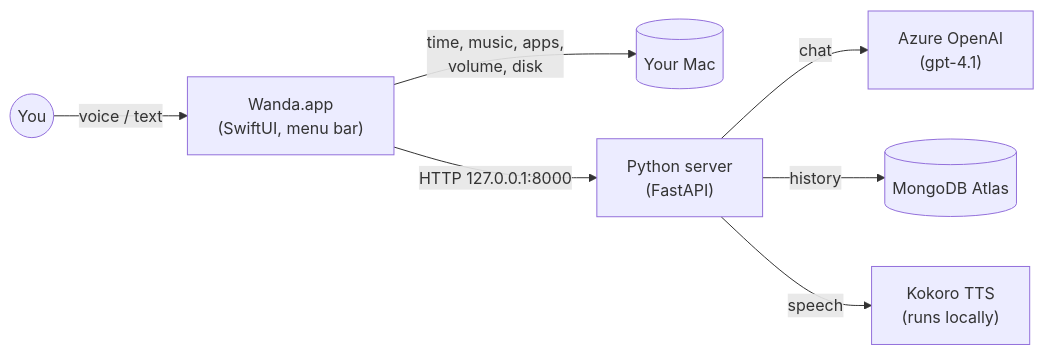
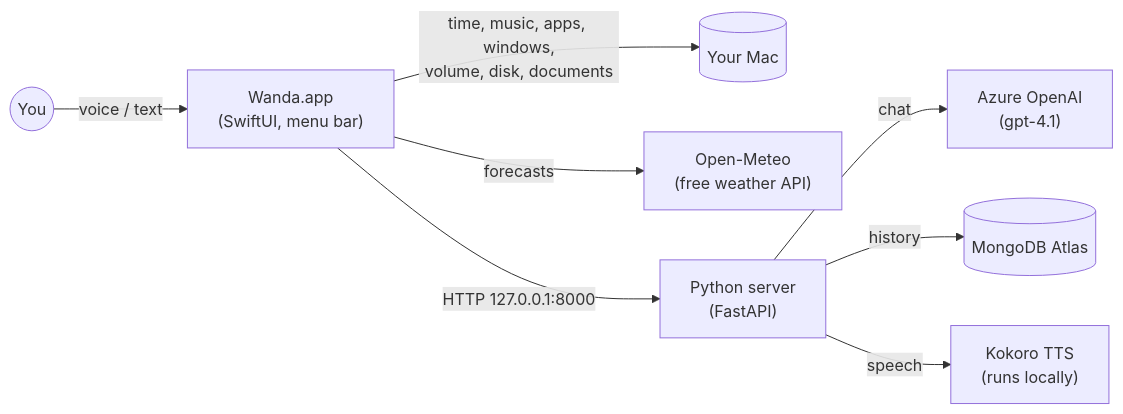
The diagram in README.md (JonJones98/WANDA-A.I-Assistant), drawn with Mermaid before and after one commit. The commit also changed other lines of this file and 22 other files, not shown here.

````diff
--- a/README.md
+++ b/README.md
@@ -35,9 +38,10 @@
 ```mermaid
 flowchart LR
     You((You)) -- voice / text --> App["Wanda.app<br/>(SwiftUI, menu bar)"]
-    App -- "time, music, apps,<br/>volume, disk" --> Mac[(Your Mac)]
+    App -- "time, music, apps, windows,<br/>volume, disk, documents" --> Mac[(Your Mac)]
+    App -- forecasts --> Weather["Open-Meteo<br/>(free weather API)"]
     App -- "HTTP 127.0.0.1:8000" --> Server["Python server<br/>(FastAPI)"]
     Server -- chat --> Azure["Azure OpenAI<br/>(gpt-4.1)"]
     Server -- history --> Mongo[(MongoDB Atlas)]
     Server -- speech --> Kokoro["Kokoro TTS<br/>(runs locally)"]
 ```
````
